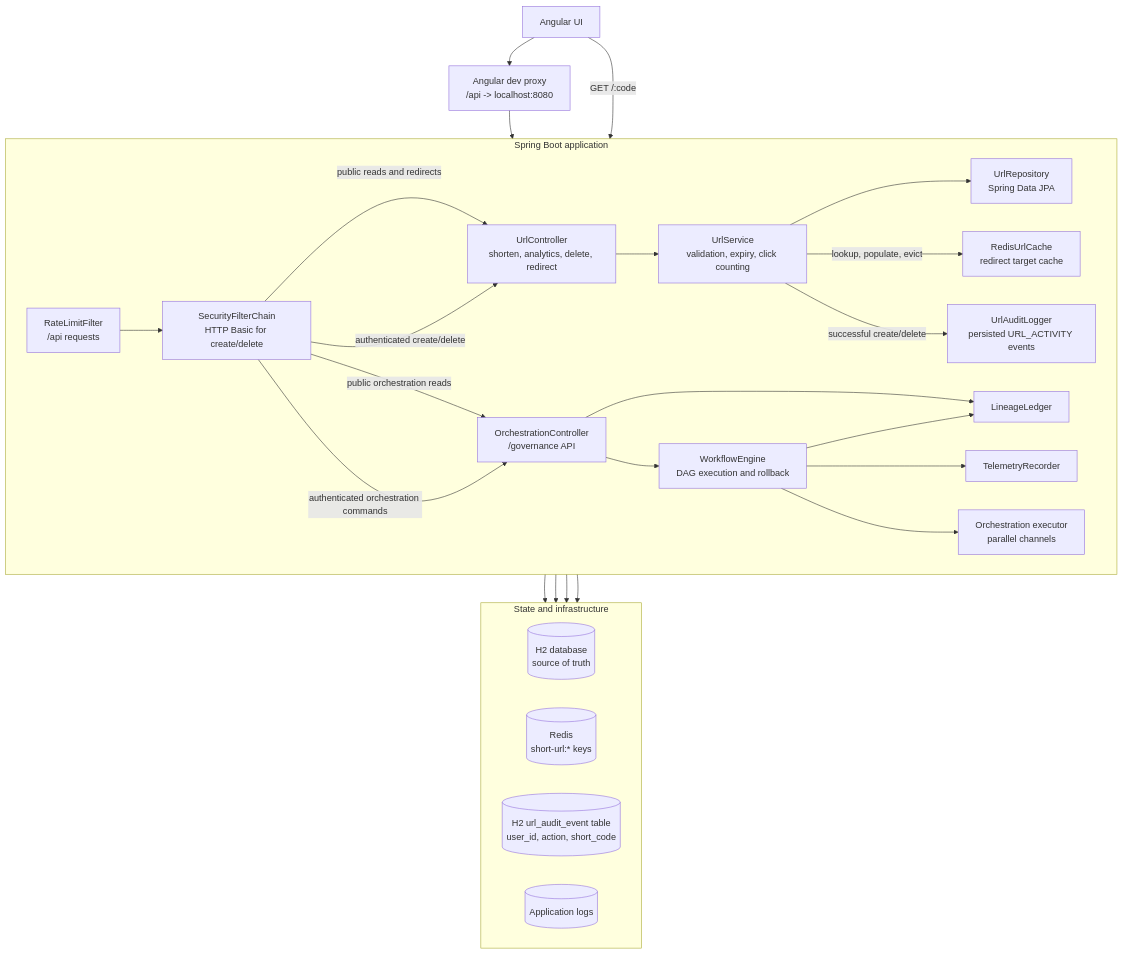
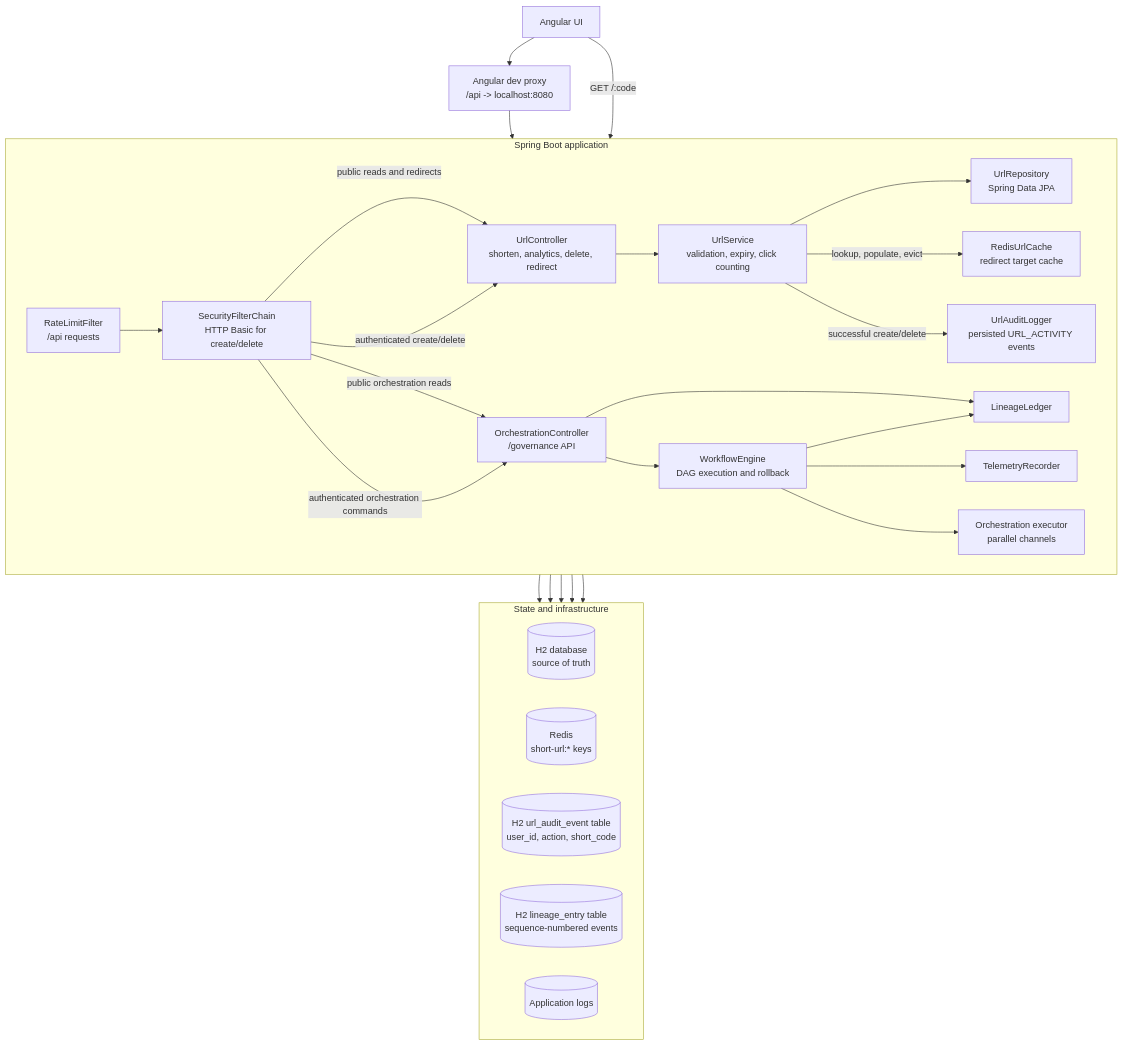
Before and after one commit to sbaranga/AI_UrlShortener: the diagram in url-shortener/README.md, drawn with Mermaid. The commit also changed other lines of this file and 6 other files, not shown here.

````diff
--- a/url-shortener/README.md
+++ b/url-shortener/README.md
@@ -21,53 +21,55 @@
 ```mermaid
 flowchart TB
   browser[Angular UI]
   proxy[Angular dev proxy<br/>/api -> localhost:8080]
 
   subgraph app[Spring Boot application]
     direction LR
     limiter[RateLimitFilter<br/>/api requests]
     security[SecurityFilterChain<br/>HTTP Basic for create/delete]
     urlController[UrlController<br/>shorten, analytics, delete, redirect]
     orchestrationController[OrchestrationController<br/>/governance API]
     urlService[UrlService<br/>validation, expiry, click counting]
     workflow[WorkflowEngine<br/>DAG execution and rollback]
     repository[UrlRepository<br/>Spring Data JPA]
     cache[RedisUrlCache<br/>redirect target cache]
     audit[UrlAuditLogger<br/>persisted URL_ACTIVITY events]
     ledger[LineageLedger]
     telemetry[TelemetryRecorder]
     executor[Orchestration executor<br/>parallel channels]
   end
 
   subgraph data[State and infrastructure]
     direction LR
     h2[(H2 database<br/>source of truth)]
     redis[(Redis<br/>short-url:* keys)]
     auditTable[(H2 url_audit_event table<br/>user_id, action, short_code)]
+    lineageTable[(H2 lineage_entry table<br/>sequence-numbered events)]
     logs[(Application logs)]
   end
 
   browser --> proxy
   proxy --> limiter
   limiter --> security
   browser -->|GET /:code| urlController
   security -->|public reads and redirects| urlController
   security -->|authenticated create/delete| urlController
   security -->|public orchestration reads| orchestrationController
   security -->|authenticated orchestration commands| orchestrationController
 
   urlController --> urlService
   urlService --> repository
   repository --> h2
   urlService -->|lookup, populate, evict| cache
   cache --> redis
   urlService -->|successful create/delete| audit
   audit --> auditTable
   audit --> logs
 
   orchestrationController --> workflow
   orchestrationController --> ledger
   workflow --> ledger
+  ledger --> lineageTable
   workflow --> telemetry
   workflow --> executor
 ```
````
